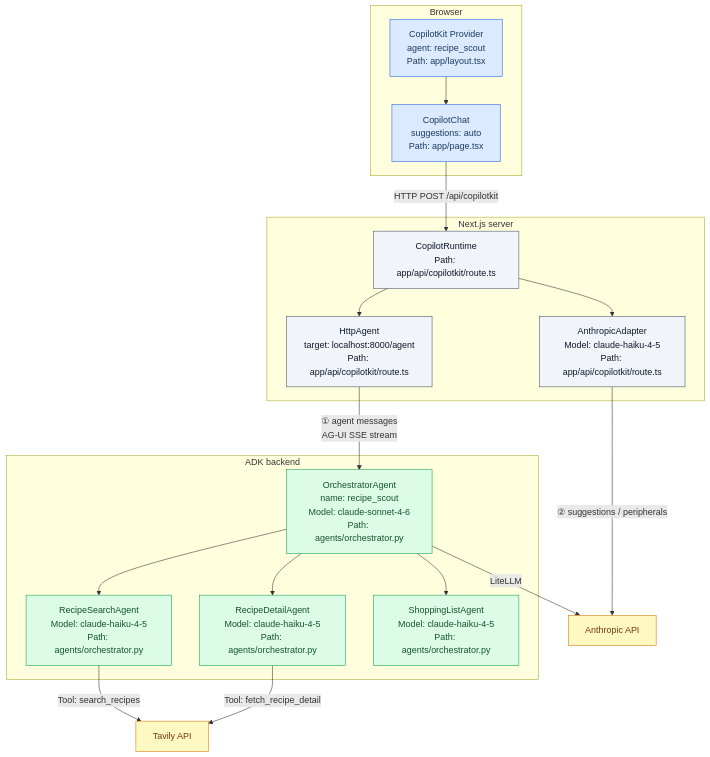
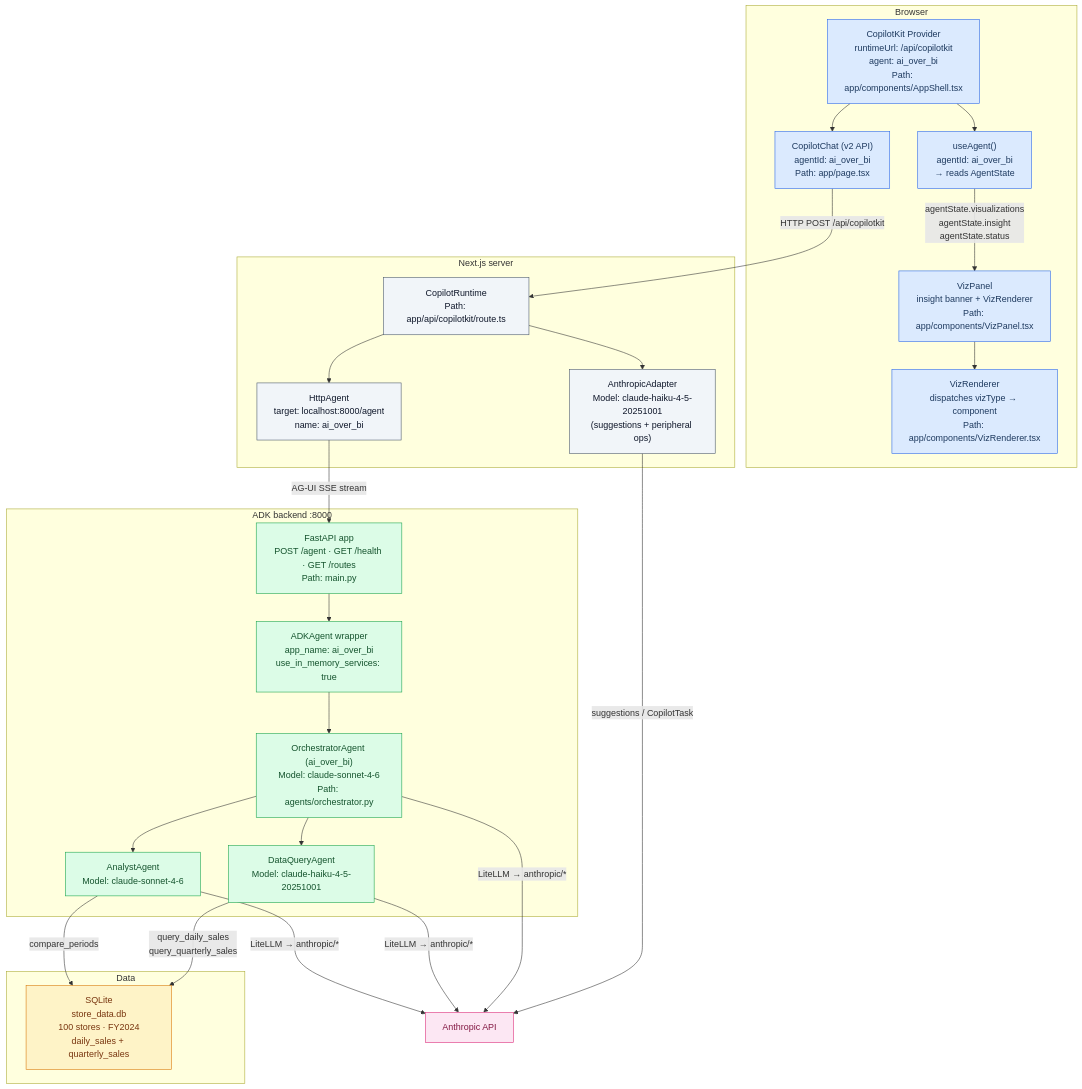
The first of 6 diagrams in docs/architecture.md (Diz312/ai-over-bi), drawn with Mermaid before and after one commit. The commit also changed other lines of this file and 1 other file, not shown here.

````diff
--- a/docs/architecture.md
+++ b/docs/architecture.md
@@ -7,46 +7,61 @@
 ```mermaid
 flowchart TB
     subgraph B["Browser"]
-        PROV["CopilotKit Provider<br/>agent: recipe_scout<br/>Path: app/layout.tsx"]
-        Chat["CopilotChat<br/>suggestions: auto<br/>Path: app/page.tsx"]
-        PROV --> Chat
+        PROV["CopilotKit Provider<br/>runtimeUrl: /api/copilotkit<br/>agent: ai_over_bi<br/>Path: app/components/AppShell.tsx"]
+        CHAT["CopilotChat (v2 API)<br/>agentId: ai_over_bi<br/>Path: app/page.tsx"]
+        AGT["useAgent()<br/>agentId: ai_over_bi<br/>→ reads AgentState"]
+        VIZ["VizPanel<br/>insight banner + VizRenderer<br/>Path: app/components/VizPanel.tsx"]
+        REND["VizRenderer<br/>dispatches vizType → component<br/>Path: app/components/VizRenderer.tsx"]
+        PROV --> CHAT
+        PROV --> AGT
+        AGT -->|"agentState.visualizations<br/>agentState.insight<br/>agentState.status"| VIZ
+        VIZ --> REND
     end
 
     subgraph S["Next.js server"]
         RT["CopilotRuntime<br/>Path: app/api/copilotkit/route.ts"]
-        HA["HttpAgent<br/>target: localhost:8000/agent<br/>Path: app/api/copilotkit/route.ts"]
-        AA["AnthropicAdapter<br/>Model: claude-haiku-4-5<br/>Path: app/api/copilotkit/route.ts"]
+        HA["HttpAgent<br/>target: localhost:8000/agent<br/>name: ai_over_bi"]
+        AA["AnthropicAdapter<br/>Model: claude-haiku-4-5-20251001<br/>(suggestions + peripheral ops)"]
         RT --> HA
         RT --> AA
     end
 
-    subgraph A["ADK backend"]
-        ORC["OrchestratorAgent<br/>name: recipe_scout<br/>Model: claude-sonnet-4-6<br/>Path: agents/orchestrator.py"]
-        SA1["RecipeSearchAgent<br/>Model: claude-haiku-4-5<br/>Path: agents/orchestrator.py"]
-        SA2["RecipeDetailAgent<br/>Model: claude-haiku-4-5<br/>Path: agents/orchestrator.py"]
-        SA3["ShoppingListAgent<br/>Model: claude-haiku-4-5<br/>Path: agents/orchestrator.py"]
-        ORC --> SA1
-        ORC --> SA2
-        ORC --> SA3
+    subgraph A["ADK backend  :8000"]
+        FAPI["FastAPI app<br/>POST /agent · GET /health · GET /routes<br/>Path: main.py"]
+        ADKW["ADKAgent wrapper<br/>app_name: ai_over_bi<br/>use_in_memory_services: true"]
+        ORC["OrchestratorAgent (ai_over_bi)<br/>Model: claude-sonnet-4-6<br/>Path: agents/orchestrator.py"]
+        DQA["DataQueryAgent<br/>Model: claude-haiku-4-5-20251001"]
+        ANA["AnalystAgent<br/>Model: claude-sonnet-4-6"]
+        FAPI --> ADKW
+        ADKW --> ORC
+        ORC --> DQA
+        ORC --> ANA
+    end
+
+    subgraph DB["Data"]
+        SQL["SQLite<br/>store_data.db<br/>100 stores · FY2024<br/>daily_sales + quarterly_sales"]
     end
 
     ANT["Anthropic API"]
-    TAV["Tavily API"]
 
-    Chat -->|"HTTP POST  /api/copilotkit"| RT
-    HA -->|"① agent messages<br/>AG-UI SSE stream"| ORC
-    AA -->|"② suggestions / peripherals"| ANT
-    ORC -->|"LiteLLM"| ANT
-    SA1 -->|"Tool: search_recipes"| TAV
-    SA2 -->|"Tool: fetch_recipe_detail"| TAV
+    CHAT -->|"HTTP POST /api/copilotkit"| RT
+    HA -->|"AG-UI SSE stream"| FAPI
+    AA -->|"suggestions / CopilotTask"| ANT
+    ORC -->|"LiteLLM → anthropic/*"| ANT
+    DQA -->|"LiteLLM → anthropic/*"| ANT
+    ANA -->|"LiteLLM → anthropic/*"| ANT
+    DQA -->|"query_daily_sales<br/>query_quarterly_sales"| SQL
+    ANA -->|"compare_periods"| SQL
 
     classDef browser fill:#dbeafe,stroke:#2563eb,color:#1e3a5f
     classDef server fill:#f1f5f9,stroke:#475569,color:#0f172a
     classDef backend fill:#dcfce7,stroke:#16a34a,color:#14532d
-    classDef external fill:#fef9c3,stroke:#d97706,color:#78350f
+    classDef data fill:#fef3c7,stroke:#d97706,color:#78350f
+    classDef external fill:#fce7f3,stroke:#db2777,color:#831843
 
-    class PROV,Chat browser
+    class PROV,CHAT,AGT,SUGG,VIZ,REND browser
     class RT,HA,AA server
-    class ORC,SA1,SA2,SA3 backend
-    class ANT,TAV external
+    class FAPI,ADKW,ORC,DQA,ANA backend
+    class SQL data
+    class ANT external
 ```
````
